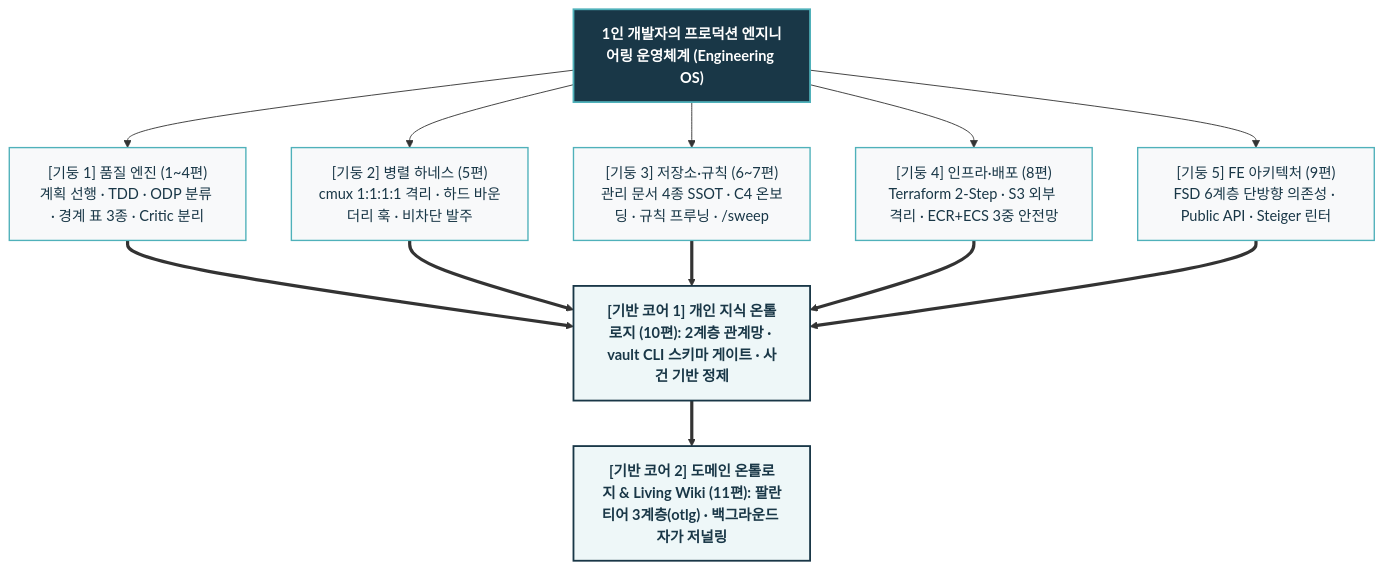
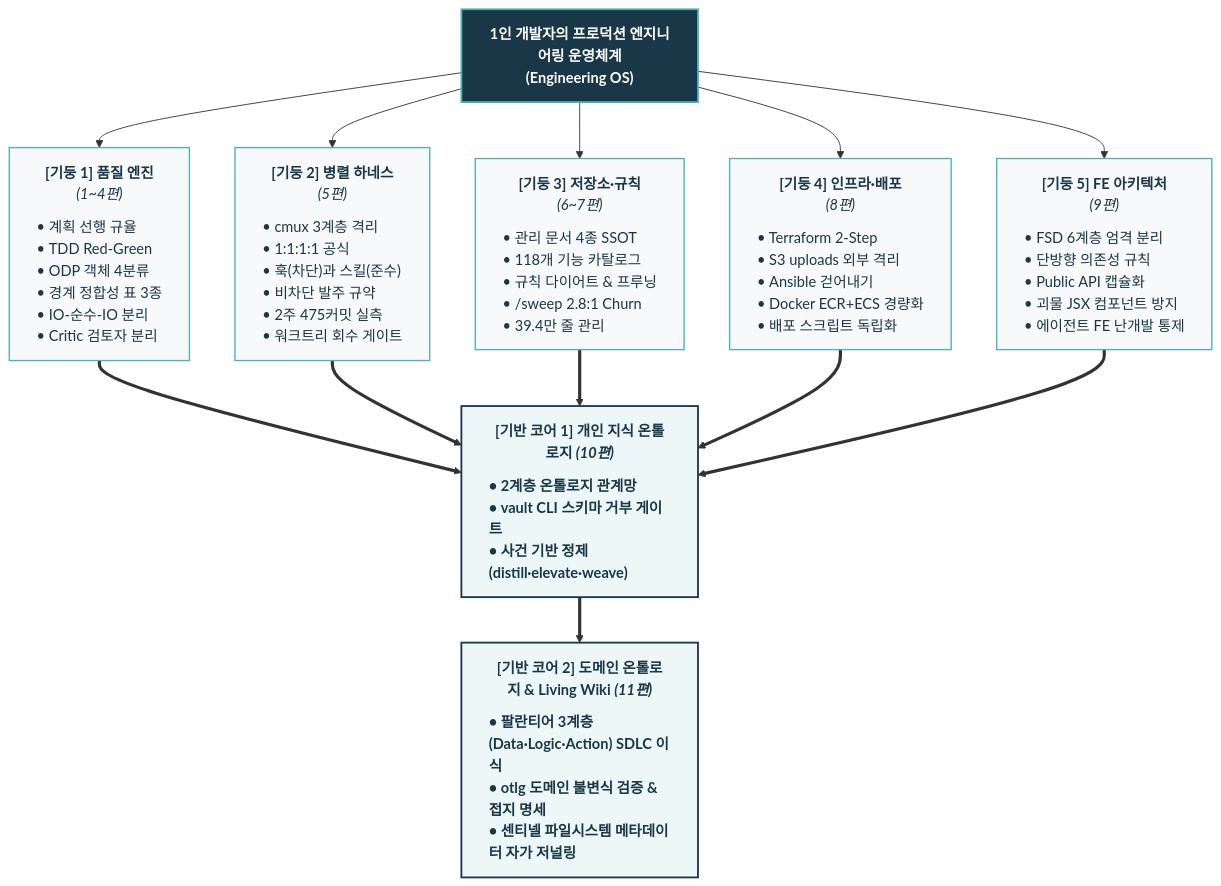
One commit to tomato-vault/tomato-vault.github.io changed the diagram in _posts/tech/ai-agent-architecture/0 1인 개발자는 어떻게 자신만의 운영체계를 만드는가.md. Above: the diagram before and after it, drawn with Mermaid. The commit also changed 19 other files, not shown here.

First line of the commit message:
Refactor ontology engineering documentation with enhanced diagrams and clarity

````diff
--- a/_posts/tech/ai-agent-architecture/0 1인 개발자는 어떻게 자신만의 운영체계를 만드는가.md
+++ b/_posts/tech/ai-agent-architecture/0 1인 개발자는 어떻게 자신만의 운영체계를 만드는가.md
@@ -69,15 +69,22 @@
 ```mermaid
 flowchart TD
     classDef header fill:#193747,stroke:#4fb1ba,stroke-width:2px,color:#fff,font-weight:bold
     classDef pillar fill:#f8f9fa,stroke:#4fb1ba,stroke-width:1.5px,color:#193747
     classDef base fill:#eef7f8,stroke:#193747,stroke-width:2px,color:#193747,font-weight:bold
 
-    CORE["1인 개발자의 프로덕션 엔지니어링 운영체계 (Engineering OS)"]:::header
-    CORE --> P1["[기둥 1] 품질 엔진 (1~4편)<br/>계획 선행 · TDD · ODP 분류 · 경계 표 3종 · Critic 분리"]:::pillar
-    CORE --> P2["[기둥 2] 병렬 하네스 (5편)<br/>cmux 1:1:1:1 격리 · 하드 바운더리 훅 · 비차단 발주"]:::pillar
-    CORE --> P3["[기둥 3] 저장소·규칙 (6~7편)<br/>관리 문서 4종 SSOT · C4 온보딩 · 규칙 프루닝 · /sweep"]:::pillar
-    CORE --> P4["[기둥 4] 인프라·배포 (8편)<br/>Terraform 2-Step · S3 외부 격리 · ECR+ECS 3중 안전망"]:::pillar
-    CORE --> P5["[기둥 5] FE 아키텍처 (9편)<br/>FSD 6계층 단방향 의존성 · Public API · Steiger 린터"]:::pillar
-    P1 & P2 & P3 & P4 & P5 ==> BASE1["[기반 코어 1] 개인 지식 온톨로지 (10편): 2계층 관계망 · vault CLI 스키마 게이트 · 사건 기반 정제"]:::base
-    BASE1 ==> BASE2["[기반 코어 2] 도메인 온톨로지 & Living Wiki (11편): 팔란티어 3계층(otlg) · 백그라운드 자가 저널링"]:::base
+    CORE["1인 개발자의 프로덕션 엔지니어링 운영체계<br/><b>(Engineering OS)</b>"]:::header
+
+    CORE --> P1["<div style='text-align:center;'><b>[기둥 1] 품질 엔진</b><br/><i>(1~4편)</i></div><hr style='margin:6px 0; border:none; border-top:1px solid #cbd5e1;'/><div style='text-align:left; line-height:1.5;'>• 계획 선행 규율<br/>• TDD Red-Green<br/>• ODP 객체 4분류<br/>• 경계 정합성 표 3종<br/>• IO-순수-IO 분리<br/>• Critic 검토자 분리</div>"]:::pillar
+    CORE --> P2["<div style='text-align:center;'><b>[기둥 2] 병렬 하네스</b><br/><i>(5편)</i></div><hr style='margin:6px 0; border:none; border-top:1px solid #cbd5e1;'/><div style='text-align:left; line-height:1.5;'>• cmux 3계층 격리<br/>• 1:1:1:1 공식<br/>• 훅(차단)과 스킬(준수)<br/>• 비차단 발주 규약<br/>• 2주 475커밋 실측<br/>• 워크트리 회수 게이트</div>"]:::pillar
+    CORE --> P3["<div style='text-align:center;'><b>[기둥 3] 저장소·규칙</b><br/><i>(6~7편)</i></div><hr style='margin:6px 0; border:none; border-top:1px solid #cbd5e1;'/><div style='text-align:left; line-height:1.5;'>• 관리 문서 4종 SSOT<br/>• 118개 기능 카탈로그<br/>• 규칙 다이어트 & 프루닝<br/>• /sweep 2.8:1 Churn<br/>• 39.4만 줄 관리</div>"]:::pillar
+    CORE --> P4["<div style='text-align:center;'><b>[기둥 4] 인프라·배포</b><br/><i>(8편)</i></div><hr style='margin:6px 0; border:none; border-top:1px solid #cbd5e1;'/><div style='text-align:left; line-height:1.5;'>• Terraform 2-Step<br/>• S3 uploads 외부 격리<br/>• Ansible 걷어내기<br/>• Docker ECR+ECS 경량화<br/>• 배포 스크립트 독립화</div>"]:::pillar
+    CORE --> P5["<div style='text-align:center;'><b>[기둥 5] FE 아키텍처</b><br/><i>(9편)</i></div><hr style='margin:6px 0; border:none; border-top:1px solid #cbd5e1;'/><div style='text-align:left; line-height:1.5;'>• FSD 6계층 엄격 분리<br/>• 단방향 의존성 규칙<br/>• Public API 캡슐화<br/>• 괴물 JSX 컴포넌트 방지<br/>• 에이전트 FE 난개발 통제</div>"]:::pillar
+
+    P1 ==> BASE1["<div style='text-align:center;'><b>[기반 코어 1] 개인 지식 온톨로지</b> <i>(10편)</i></div><hr style='margin:6px 0; border:none; border-top:1px solid #cbd5e1;'/><div style='text-align:left; line-height:1.5;'>• 2계층 온톨로지 관계망<br/>• vault CLI 스키마 거부 게이트<br/>• 사건 기반 정제 (distill·elevate·weave)</div>"]:::base
+    P2 ==> BASE1
+    P3 ==> BASE1
+    P4 ==> BASE1
+    P5 ==> BASE1
+
+    BASE1 ==> BASE2["<div style='text-align:center;'><b>[기반 코어 2] 도메인 온톨로지 & Living Wiki</b> <i>(11편)</i></div><hr style='margin:6px 0; border:none; border-top:1px solid #cbd5e1;'/><div style='text-align:left; line-height:1.5;'>• 팔란티어 3계층 (Data·Logic·Action) SDLC 이식<br/>• otlg 도메인 불변식 검증 & 접지 명세<br/>• 센티넬 파일시스템 메타데이터 자가 저널링</div>"]:::base
 ```
````
